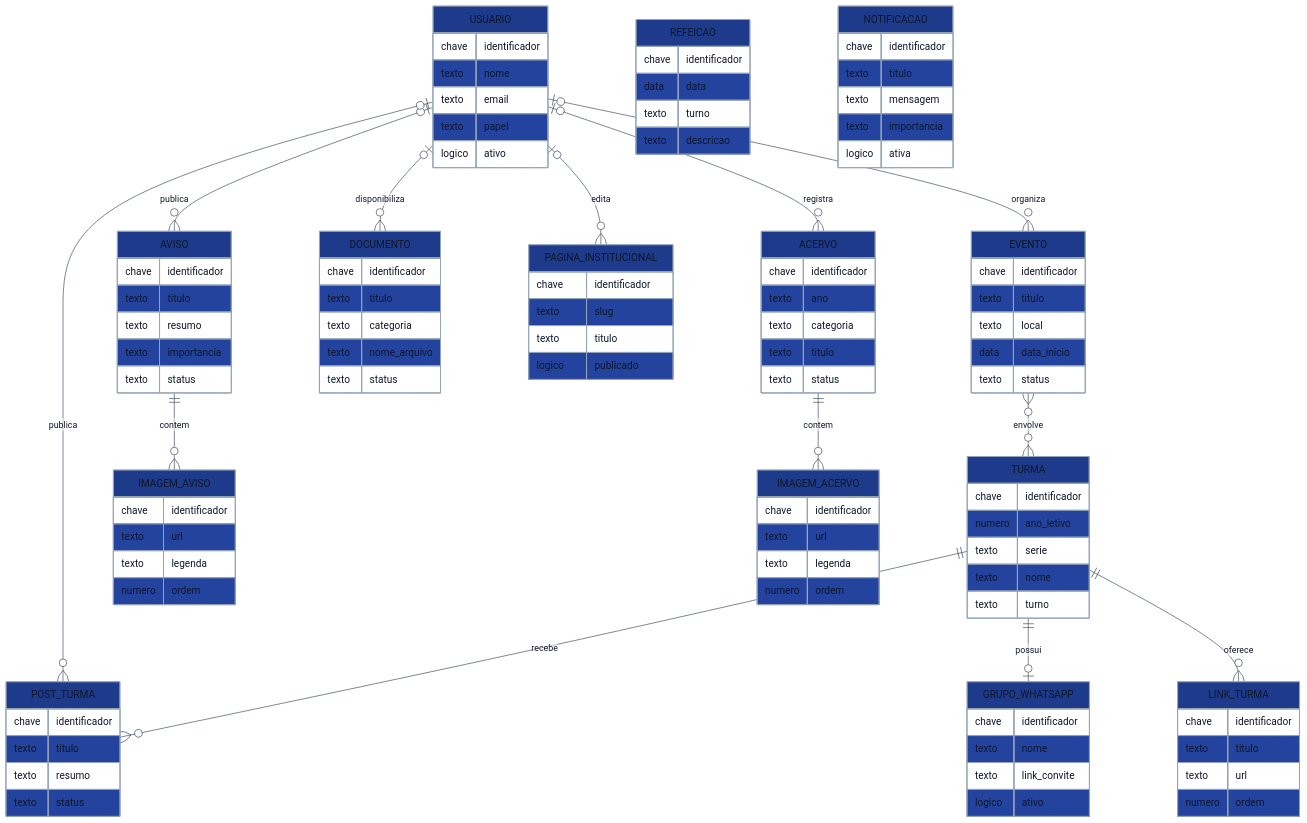
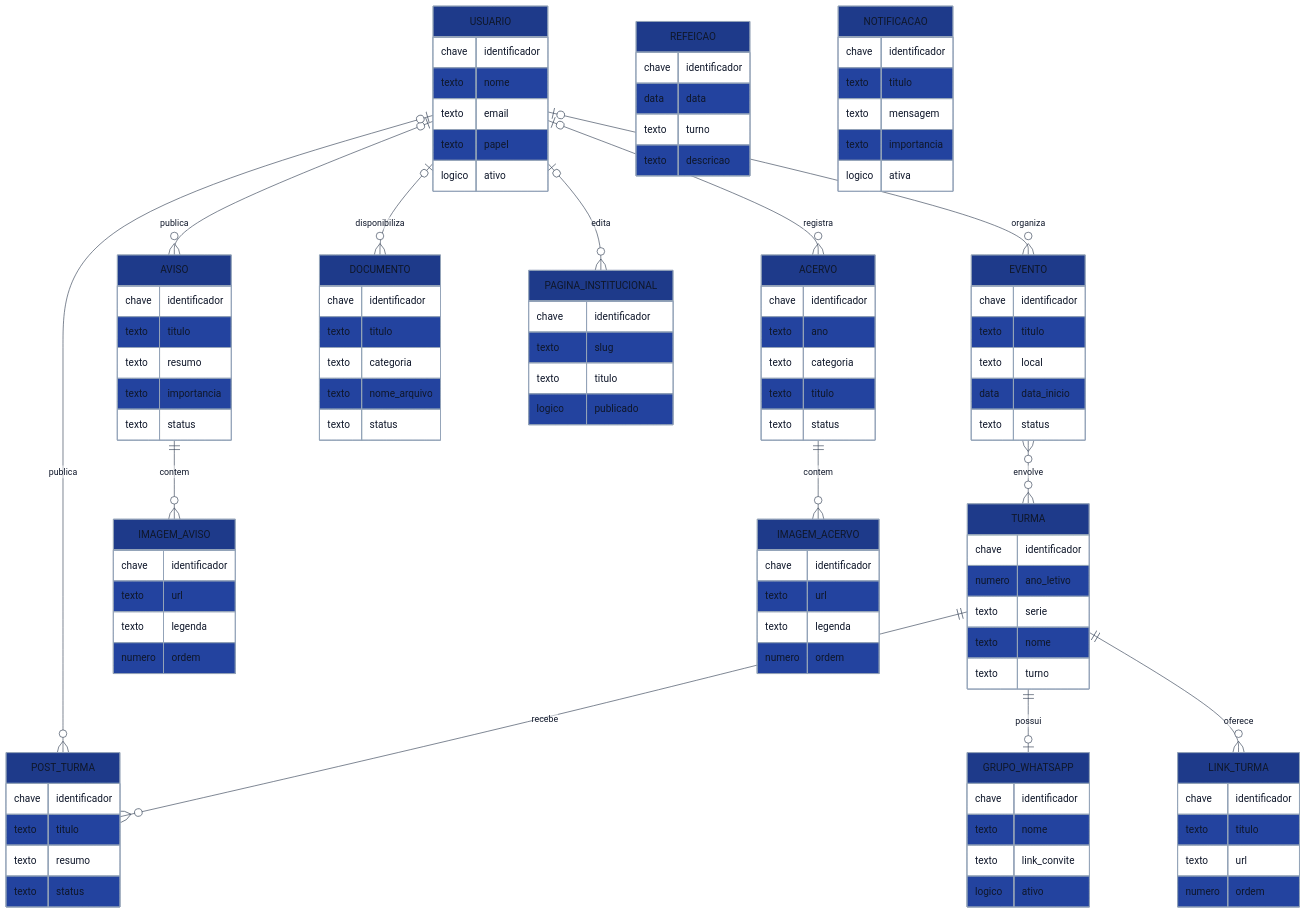
One commit to jefheee/a3-banco-dados-benonivio changed the diagram in 01_modelagem/der_conceitual.mmd. Above: the diagram before and after it, drawn with Mermaid. The commit also changed 33 other files, not shown here.

Commit message:
feat: add project documentation, database schema models, SQL scripts, and presentation files for A3 Portal Escolar

```diff
--- a/01_modelagem/der_conceitual.mmd
+++ b/01_modelagem/der_conceitual.mmd
@@ -1,122 +1,122 @@
-%%{init: {'theme': 'base', 'themeVariables': {'background': '#FFFFFF', 'primaryColor': '#1E3A8A', 'primaryTextColor': '#0F172A', 'primaryBorderColor': '#94A3B8', 'secondaryColor': '#F8FAFC', 'tertiaryColor': '#FFFFFF', 'lineColor': '#334155', 'textColor': '#0F172A', 'edgeLabelBackground': '#FFFFFF', 'fontFamily': 'Segoe UI, sans-serif'}}}%%
+%%{init: {'theme': 'base', 'er': {'minEntityWidth': 170, 'entityPadding': 20}, 'themeVariables': {'background': '#FFFFFF', 'primaryColor': '#1E3A8A', 'primaryTextColor': '#0F172A', 'primaryBorderColor': '#94A3B8', 'secondaryColor': '#F8FAFC', 'tertiaryColor': '#FFFFFF', 'lineColor': '#334155', 'textColor': '#0F172A', 'edgeLabelBackground': '#FFFFFF', 'fontFamily': 'Segoe UI, sans-serif'}}}%%
 erDiagram
     USUARIO {
         chave identificador
         texto nome
         texto email
         texto papel
         logico ativo
     }
 
     TURMA {
         chave identificador
         numero ano_letivo
         texto serie
         texto nome
         texto turno
     }
 
     GRUPO_WHATSAPP {
         chave identificador
         texto nome
         texto link_convite
         logico ativo
     }
 
     LINK_TURMA {
         chave identificador
         texto titulo
         texto url
         numero ordem
     }
 
     POST_TURMA {
         chave identificador
         texto titulo
         texto resumo
         texto status
     }
 
     AVISO {
         chave identificador
         texto titulo
         texto resumo
         texto importancia
         texto status
     }
 
     IMAGEM_AVISO {
         chave identificador
         texto url
         texto legenda
         numero ordem
     }
 
     ACERVO {
         chave identificador
         texto ano
         texto categoria
         texto titulo
         texto status
     }
 
     IMAGEM_ACERVO {
         chave identificador
         texto url
         texto legenda
         numero ordem
     }
 
     DOCUMENTO {
         chave identificador
         texto titulo
         texto categoria
         texto nome_arquivo
         texto status
     }
 
     PAGINA_INSTITUCIONAL {
         chave identificador
         texto slug
         texto titulo
         logico publicado
     }
 
     EVENTO {
         chave identificador
         texto titulo
         texto local
         data data_inicio
         texto status
     }
 
     REFEICAO {
         chave identificador
         data data
         texto turno
         texto descricao
     }
 
     NOTIFICACAO {
         chave identificador
         texto titulo
         texto mensagem
         texto importancia
         logico ativa
     }
 
     USUARIO |o--o{ AVISO : "publica"
     USUARIO |o--o{ ACERVO : "registra"
     USUARIO |o--o{ DOCUMENTO : "disponibiliza"
     USUARIO |o--o{ PAGINA_INSTITUCIONAL : "edita"
     USUARIO |o--o{ POST_TURMA : "publica"
     USUARIO |o--o{ EVENTO : "organiza"
 
     AVISO ||--o{ IMAGEM_AVISO : "contem"
     ACERVO ||--o{ IMAGEM_ACERVO : "contem"
 
     TURMA ||--o| GRUPO_WHATSAPP : "possui"
     TURMA ||--o{ LINK_TURMA : "oferece"
     TURMA ||--o{ POST_TURMA : "recebe"
 
     EVENTO }o--o{ TURMA : "envolve"
```
